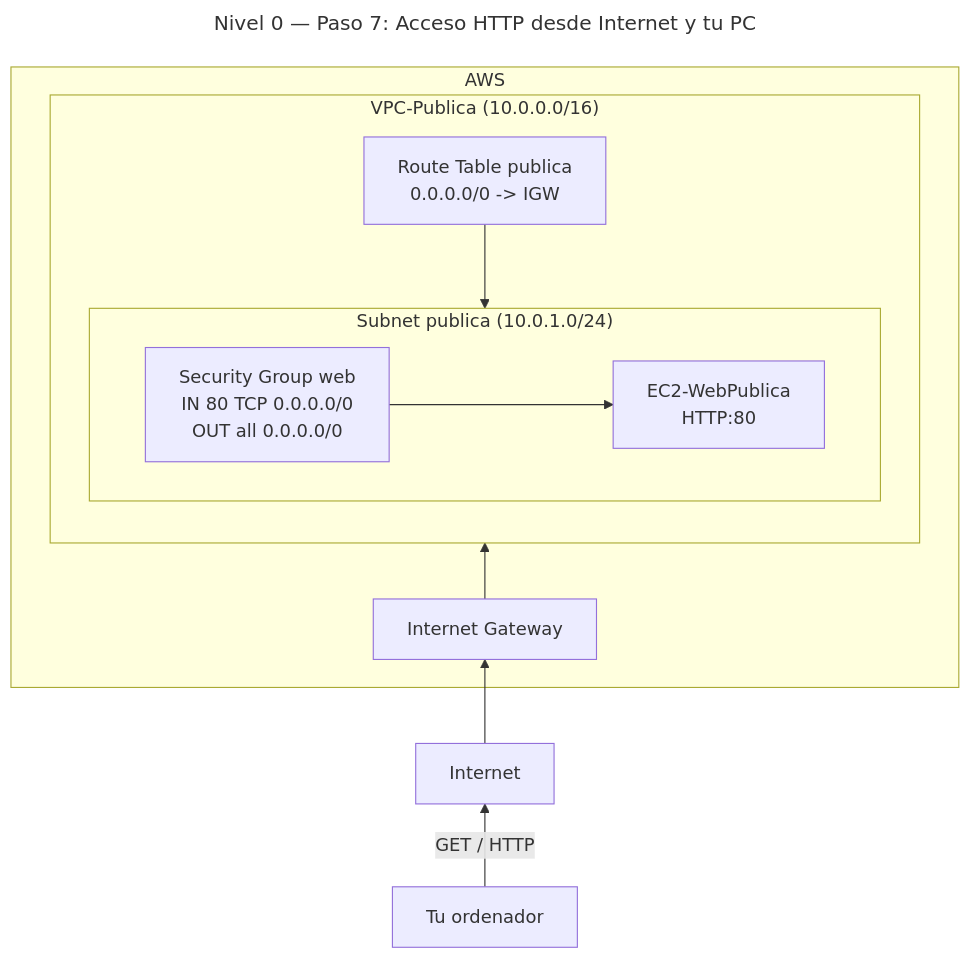
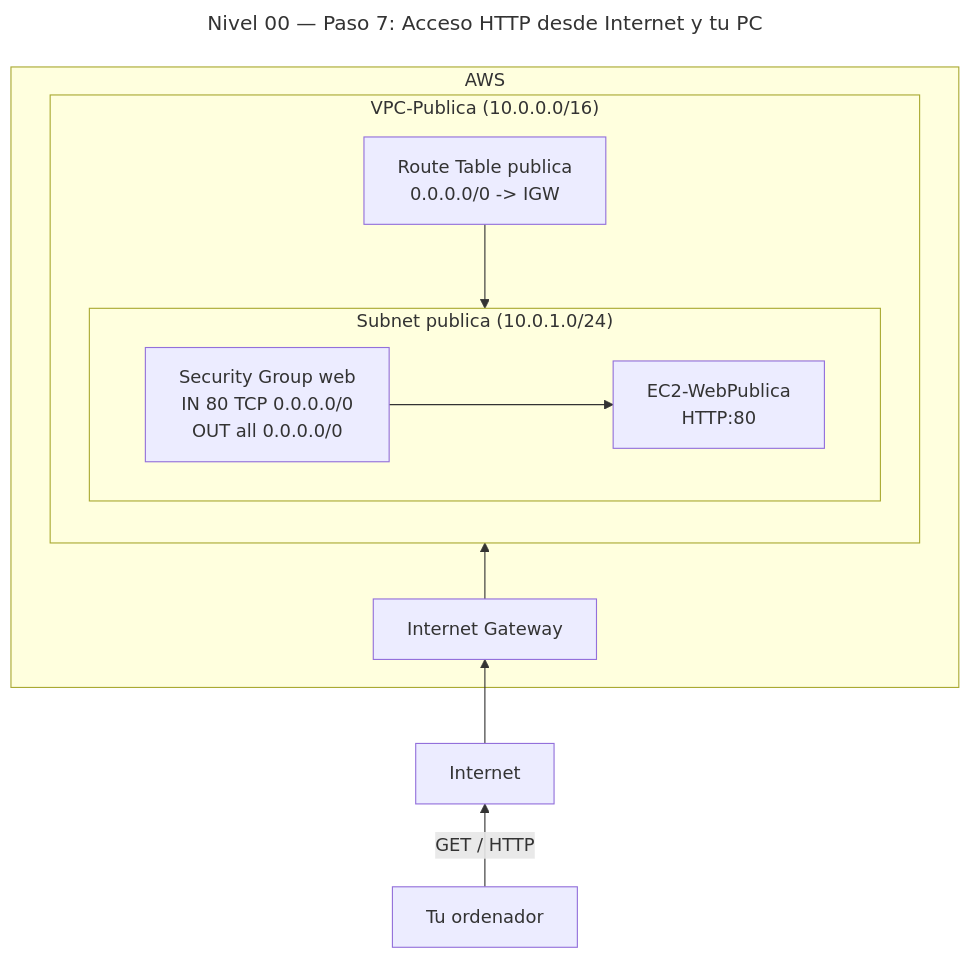
Before and after one commit to Marcos-SA-git/AWS-Certifications: the eighth of 8 diagrams in SAA-C03/es/Prácticas/Fácil/Nivel-00.md, drawn with Mermaid. The commit also changed other lines of this file, not shown here.

````diff
--- a/SAA-C03/es/Prácticas/Fácil/Nivel-00.md
+++ b/SAA-C03/es/Prácticas/Fácil/Nivel-00.md
@@ -254,26 +254,26 @@
 ```mermaid
 ---
-title: "Nivel 0 — Paso 7: Acceso HTTP desde Internet y tu PC"
+title: "Nivel 00 — Paso 7: Acceso HTTP desde Internet y tu PC"
 ---
 graph BT
 
 subgraph AWS[AWS]
   IGW[Internet Gateway]
   subgraph VPC["VPC-Publica (10.0.0.0/16)"]
     RT[Route Table publica<br>0.0.0.0/0 -> IGW]
     subgraph SUB["Subnet publica (10.0.1.0/24)"]
       EC2[EC2-WebPublica<br>HTTP:80]
       SG[Security Group web<br>IN 80 TCP 0.0.0.0/0<br>OUT all 0.0.0.0/0]
     end
   end
 end
 
 Internet[Internet]
 PC[Tu ordenador]
 
 IGW --> VPC
 RT --> SUB
 SG ---> EC2
 Internet --> IGW
 PC -->|"GET / HTTP"| Internet
 ```
````
